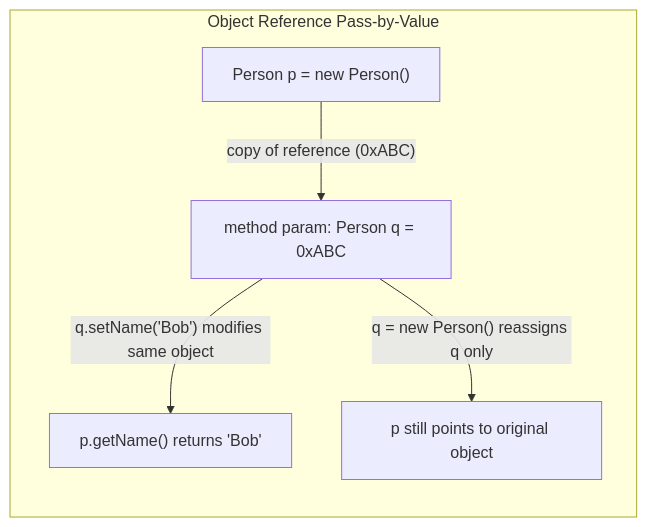
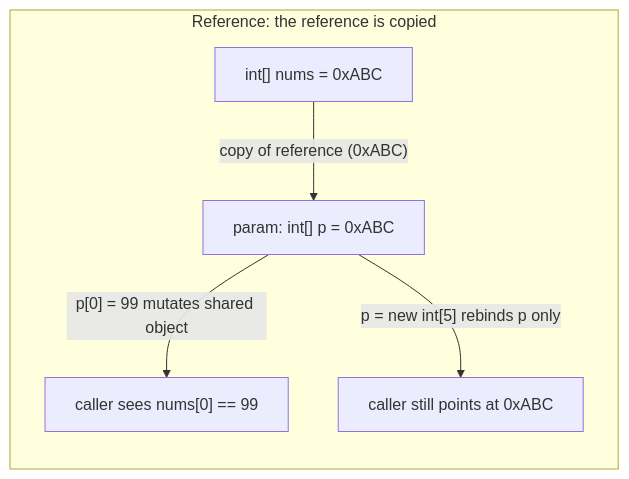
One commit to rohitdhiman1/java8-oca-1 changed the third of 4 diagrams in concepts/06-methods-and-encapsulation.md. Above: the diagram before and after it, drawn with Mermaid. The commit also changed other lines of this file, not shown here.

First line of the commit message:
concepts/06: restructure pass-by-value section

````diff
--- a/concepts/06-methods-and-encapsulation.md
+++ b/concepts/06-methods-and-encapsulation.md
@@ -64,8 +116,8 @@
 ```mermaid
 flowchart LR
-    subgraph "Object Reference Pass-by-Value"
-        D["Person p = new Person()"] -->|"copy of reference (0xABC)"| E["method param: Person q = 0xABC"]
-        E -->|"q.setName('Bob') modifies same object"| F["p.getName() returns 'Bob'"]
-        E -->|"q = new Person() reassigns q only"| G["p still points to original object"]
+    subgraph "Reference: the reference is copied"
+        D["int[] nums = 0xABC"] -->|"copy of reference (0xABC)"| E["param: int[] p = 0xABC"]
+        E -->|"p[0] = 99 mutates shared object"| F["caller sees nums[0] == 99"]
+        E -->|"p = new int[5] rebinds p only"| G["caller still points at 0xABC"]
     end
 ```
````
